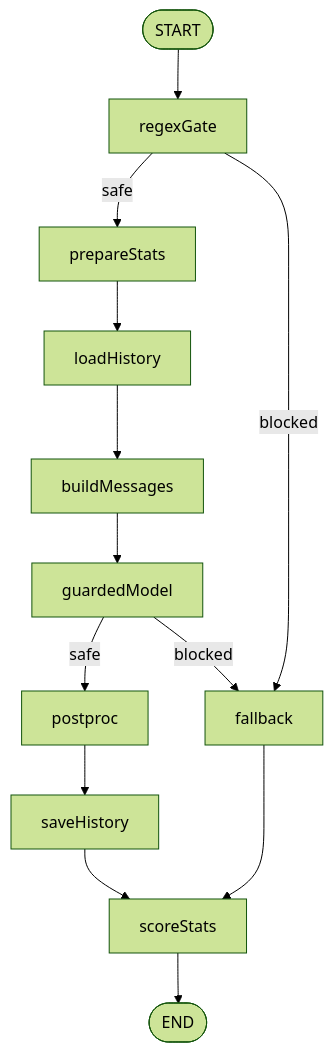
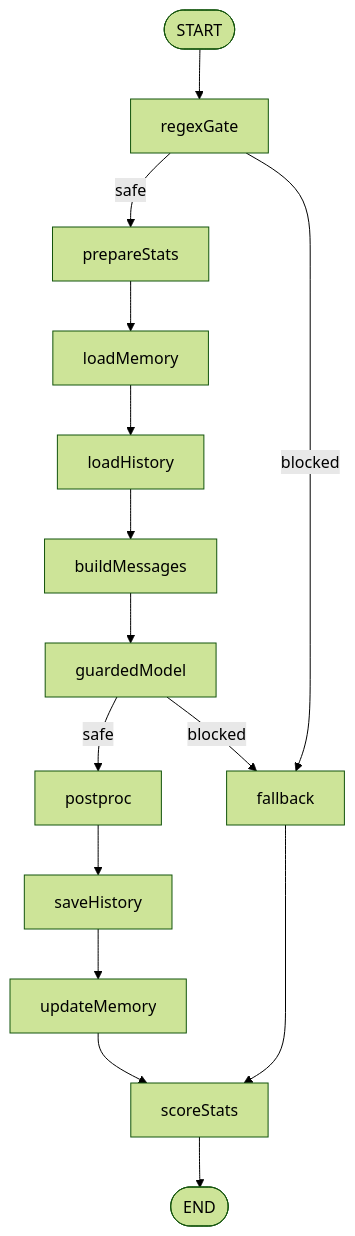
One commit to CoucouMonEcho/llm-bot changed the second of 2 diagrams in README.md. Above: the diagram before and after it, drawn with Mermaid (forest theme). The commit also changed other lines of this file and 27 other files, not shown here.

````diff
--- a/README.md
+++ b/README.md
@@ -119,15 +32,12 @@
 ```mermaid
 flowchart TD
     START([START]) --> regexGate
     regexGate -- safe --> prepareStats
     regexGate -- blocked --> fallback
-    prepareStats --> loadHistory
-    loadHistory --> buildMessages
-    buildMessages --> guardedModel
+    prepareStats --> loadMemory --> loadHistory --> buildMessages --> guardedModel
     guardedModel -- safe --> postproc
     guardedModel -- blocked --> fallback
-    postproc --> saveHistory
-    saveHistory --> scoreStats
+    postproc --> saveHistory --> updateMemory --> scoreStats
     fallback --> scoreStats
     scoreStats --> END([END])
 ```
````
